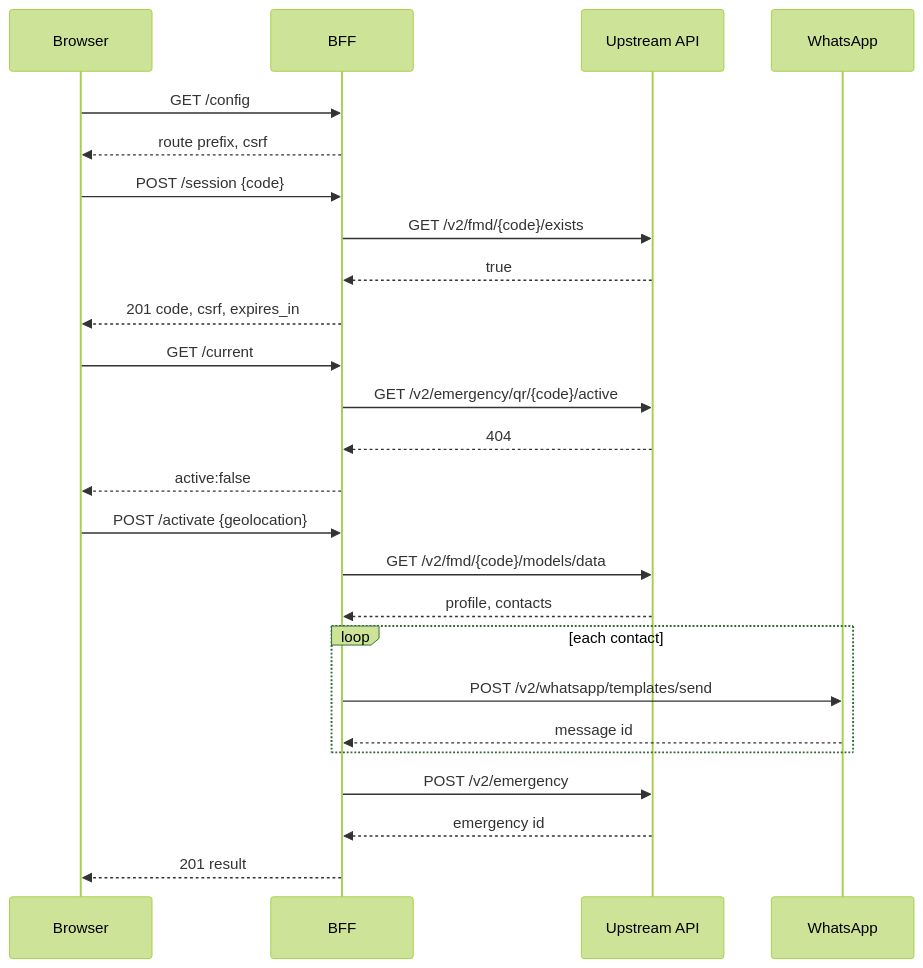
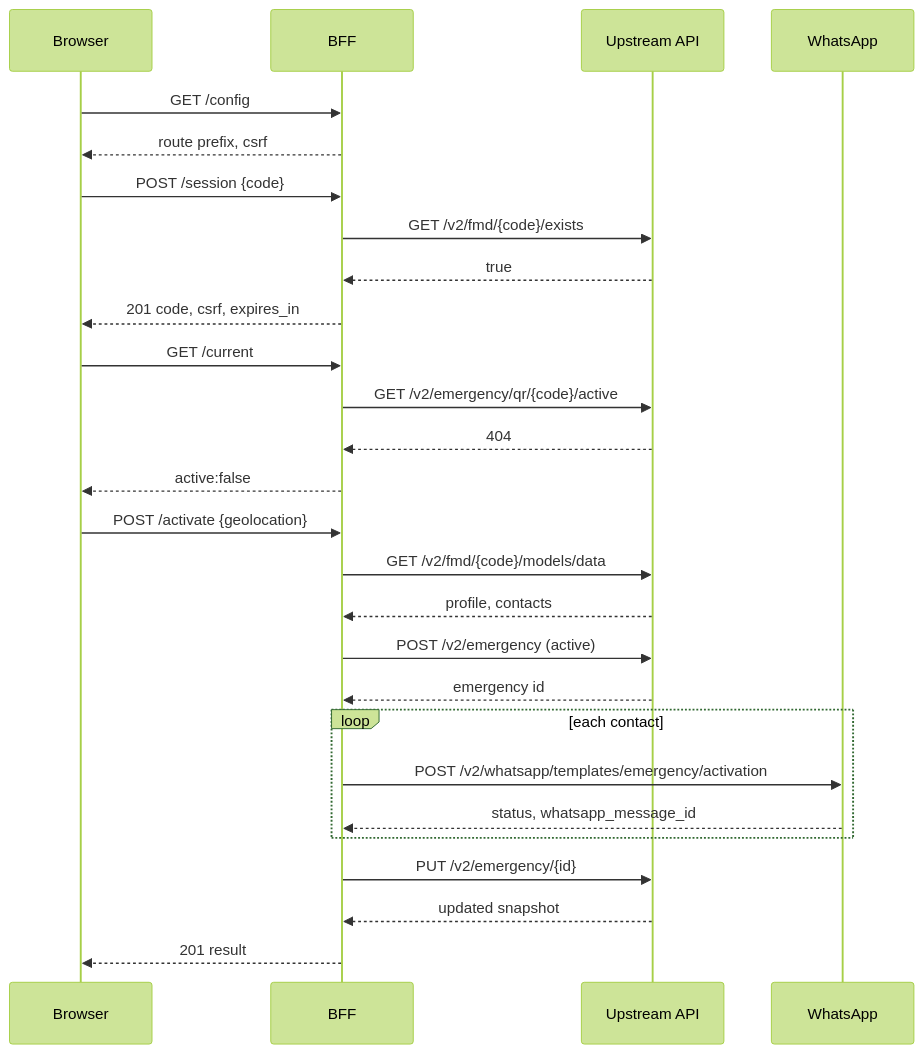
Before and after one commit to The-BoxHead-Guy/emergency-bff: the diagram in docs/api-contract.md, drawn with Mermaid (forest theme). The commit also changed other lines of this file and 26 other files, not shown here.

````diff
--- a/docs/api-contract.md
+++ b/docs/api-contract.md
@@ -420,28 +425,30 @@
 ```mermaid
 sequenceDiagram
   participant B as Browser
   participant F as BFF
   participant U as Upstream API
   participant W as WhatsApp
 
   B->>F: GET /config
   F-->>B: route prefix, csrf
   B->>F: POST /session {code}
   F->>U: GET /v2/fmd/{code}/exists
   U-->>F: true
   F-->>B: 201 code, csrf, expires_in
   B->>F: GET /current
   F->>U: GET /v2/emergency/qr/{code}/active
   U-->>F: 404
   F-->>B: active:false
   B->>F: POST /activate {geolocation}
   F->>U: GET /v2/fmd/{code}/models/data
   U-->>F: profile, contacts
+  F->>U: POST /v2/emergency (active)
+  U-->>F: emergency id
   loop each contact
-    F->>W: POST /v2/whatsapp/templates/send
-    W-->>F: message id
+    F->>W: POST /v2/whatsapp/templates/emergency/activation
+    W-->>F: status, whatsapp_message_id
   end
-  F->>U: POST /v2/emergency
-  U-->>F: emergency id
+  F->>U: PUT /v2/emergency/{id}
+  U-->>F: updated snapshot
   F-->>B: 201 result
 ```
````
